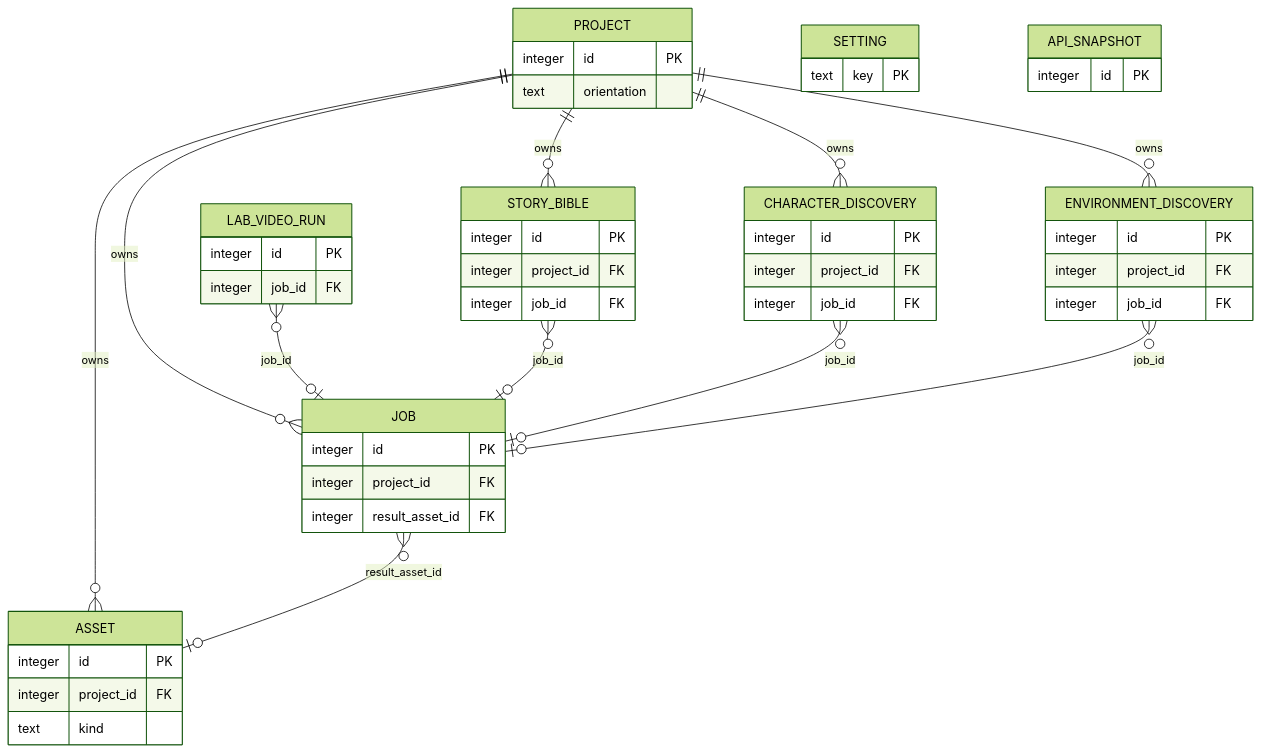
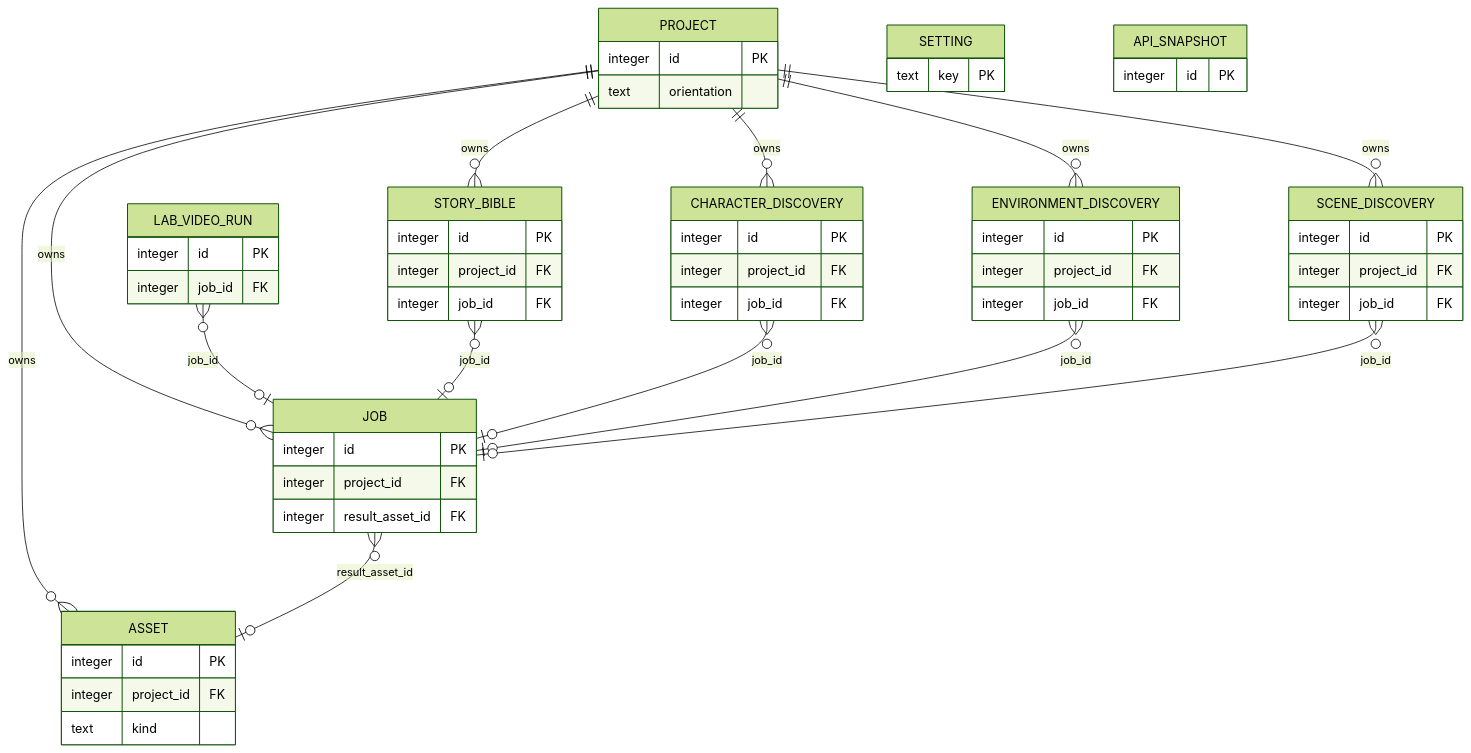
Before and after one commit to Joshi004/VisionStudio: the diagram in DATABASE_STRUCTURE.md, drawn with Mermaid (forest theme). The commit also changed other lines of this file and 20 other files, not shown here.

First line of the commit message:
Implement scene discovery stage (PHASE-006)

````diff
--- a/DATABASE_STRUCTURE.md
+++ b/DATABASE_STRUCTURE.md
@@ -127,53 +129,60 @@
 ```mermaid
 erDiagram
     PROJECT {
         integer id PK
         text orientation
     }
     ASSET {
         integer id PK
         integer project_id FK
         text kind
     }
     JOB {
         integer id PK
         integer project_id FK
         integer result_asset_id FK
     }
     SETTING {
         text key PK
     }
     API_SNAPSHOT {
         integer id PK
     }
     LAB_VIDEO_RUN {
         integer id PK
         integer job_id FK
     }
     STORY_BIBLE {
         integer id PK
         integer project_id FK
         integer job_id FK
     }
     CHARACTER_DISCOVERY {
         integer id PK
         integer project_id FK
         integer job_id FK
     }
     ENVIRONMENT_DISCOVERY {
         integer id PK
         integer project_id FK
         integer job_id FK
     }
+    SCENE_DISCOVERY {
+        integer id PK
+        integer project_id FK
+        integer job_id FK
+    }
 
     PROJECT ||--o{ ASSET         : "owns"
     PROJECT ||--o{ JOB           : "owns"
     PROJECT ||--o{ STORY_BIBLE   : "owns"
     PROJECT ||--o{ CHARACTER_DISCOVERY   : "owns"
     PROJECT ||--o{ ENVIRONMENT_DISCOVERY : "owns"
+    PROJECT ||--o{ SCENE_DISCOVERY       : "owns"
     JOB     }o--o| ASSET         : "result_asset_id"
     LAB_VIDEO_RUN }o--o| JOB     : "job_id"
     STORY_BIBLE }o--o| JOB       : "job_id"
     CHARACTER_DISCOVERY   }o--o| JOB : "job_id"
     ENVIRONMENT_DISCOVERY }o--o| JOB : "job_id"
+    SCENE_DISCOVERY       }o--o| JOB : "job_id"
 ```
````
